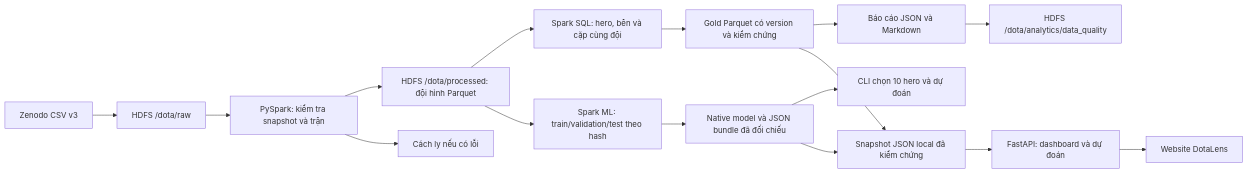
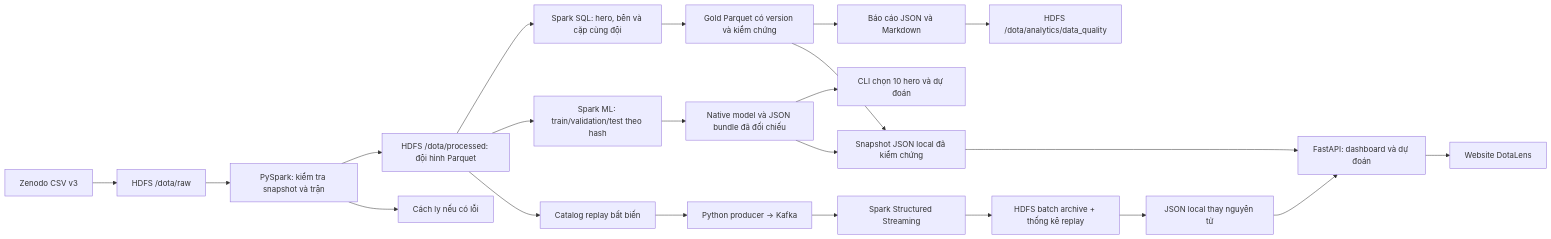
Before and after one commit to ncdanh0311/Dota2_BigData: the diagram in README.md, drawn with Mermaid. The commit also changed other lines of this file and 19 other files, not shown here.

Commit message:
docs(streaming): publish verified replay results and CI checks

````diff
--- a/README.md
+++ b/README.md
@@ -38,18 +39,24 @@
 ```mermaid
 flowchart LR
     Z[Zenodo CSV v3] --> R[HDFS /dota/raw]
     R --> V[PySpark: kiểm tra snapshot và trận]
     V --> P[HDFS /dota/processed: đội hình Parquet]
     V --> Q[Cách ly nếu có lỗi]
     P --> S[Spark SQL: hero, bên và cặp cùng đội]
     S --> G[Gold Parquet có version và kiểm chứng]
     G --> E[Báo cáo JSON và Markdown]
     P --> M[Spark ML: train/validation/test theo hash]
     M --> B[Native model và JSON bundle đã đối chiếu]
     B --> D[CLI chọn 10 hero và dự đoán]
   G --> W[Snapshot JSON local đã kiểm chứng]
   B --> W
   W --> API[FastAPI: dashboard và dự đoán]
   API --> UI[Website DotaLens]
+  P --> C[Catalog replay bất biến]
+  C --> K[Python producer → Kafka]
+  K --> SS[Spark Structured Streaming]
+  SS --> SA[HDFS batch archive + thống kê replay]
+  SA --> SJ[JSON local thay nguyên tử]
+  SJ --> API
     E --> A[HDFS /dota/analytics/data_quality]
 ```
````
